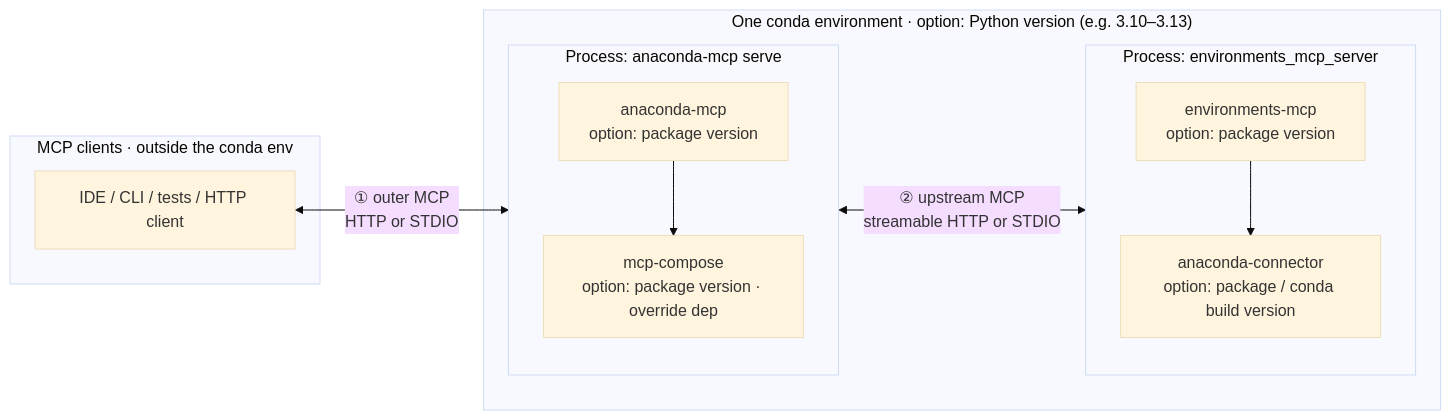
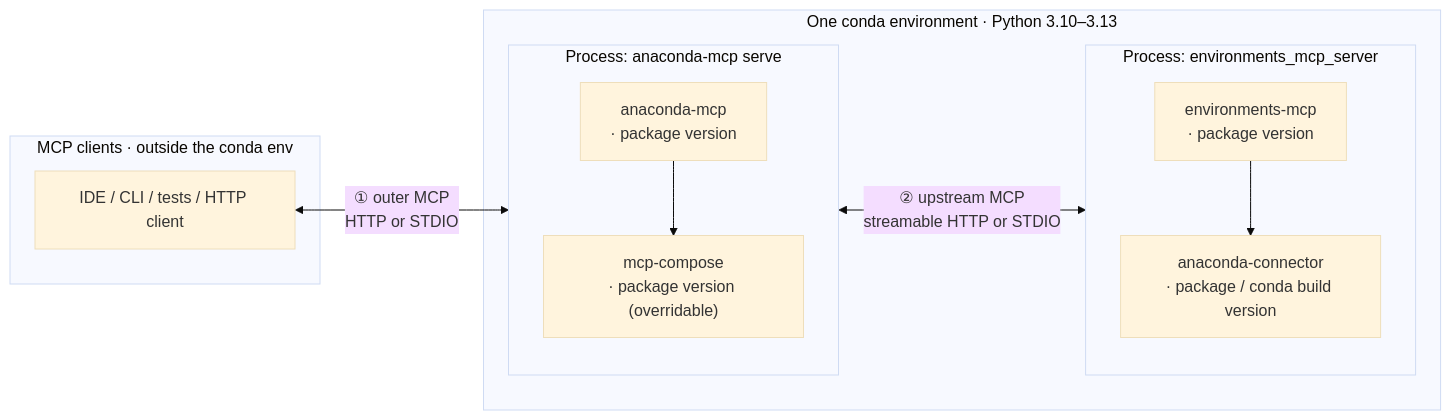
The diagram in tests/qa/mcp_tools/_docs/test_design.md (anaconda/anaconda-mcp), drawn with Mermaid (base theme) before and after one commit. The commit also changed other lines of this file, not shown here.

````diff
--- a/tests/qa/mcp_tools/_docs/test_design.md
+++ b/tests/qa/mcp_tools/_docs/test_design.md
@@ -22,26 +23,26 @@
 ```mermaid
 flowchart LR
-  subgraph clients["MCP clients · outside the conda env"]
+  subgraph clients["MCP clients  ·  outside the conda env"]
     CL["IDE / CLI / tests / HTTP client"]
   end
 
-  subgraph cenv["One conda environment · option: Python version (e.g. 3.10–3.13)"]
+  subgraph cenv["One conda environment  ·  Python 3.10–3.13"]
     subgraph amp["Process: anaconda-mcp serve"]
       direction TB
-      AM["anaconda-mcp<br/>option: package version"]
-      MC["mcp-compose<br/>option: package version · override dep"]
+      AM["anaconda-mcp<br/>· package version"]
+      MC["mcp-compose<br/>· package version (overridable)"]
       AM --> MC
     end
 
     subgraph ems["Process: environments_mcp_server"]
       direction TB
-      EM["environments-mcp<br/>option: package version"]
-      AC["anaconda-connector<br/>option: package / conda build version"]
+      EM["environments-mcp<br/>· package version"]
+      AC["anaconda-connector<br/>· package / conda build version"]
       EM --> AC
     end
 
     MC <-->|"② upstream MCP<br/>streamable HTTP or STDIO"| EM
   end
 
   CL <-->|"① outer MCP<br/>HTTP or STDIO"| AM
 ```
````
